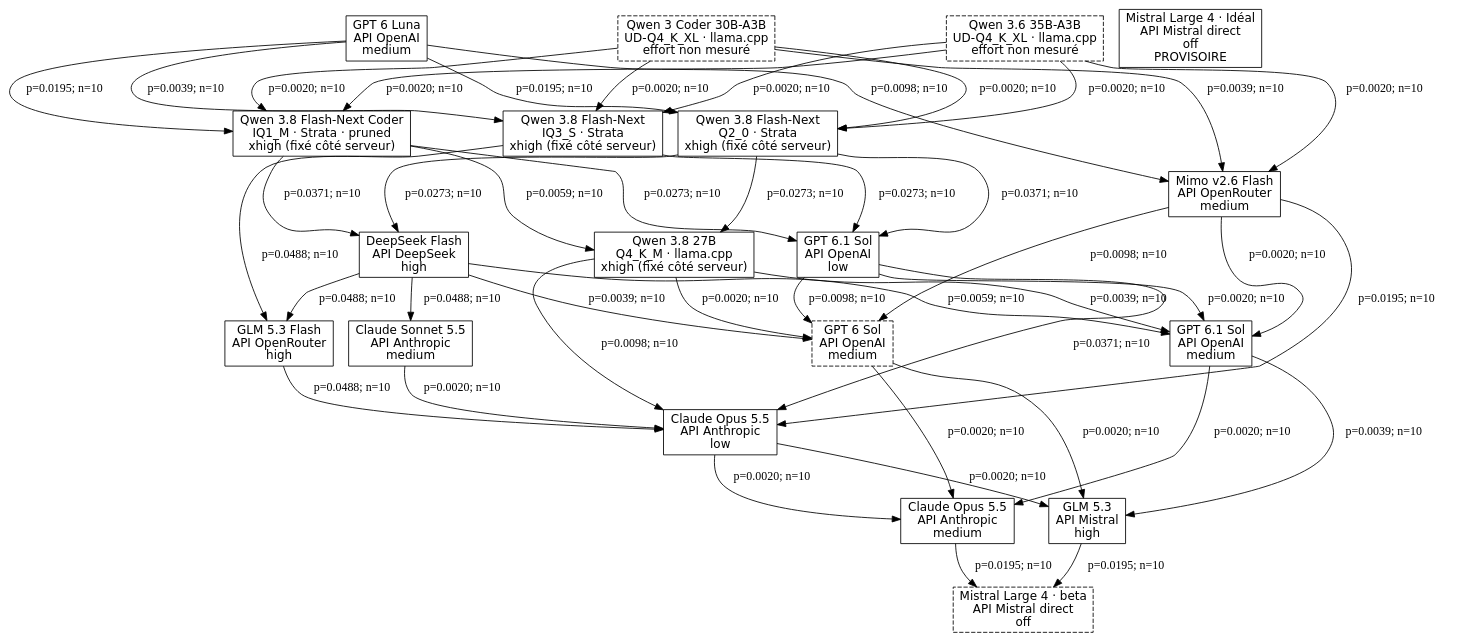
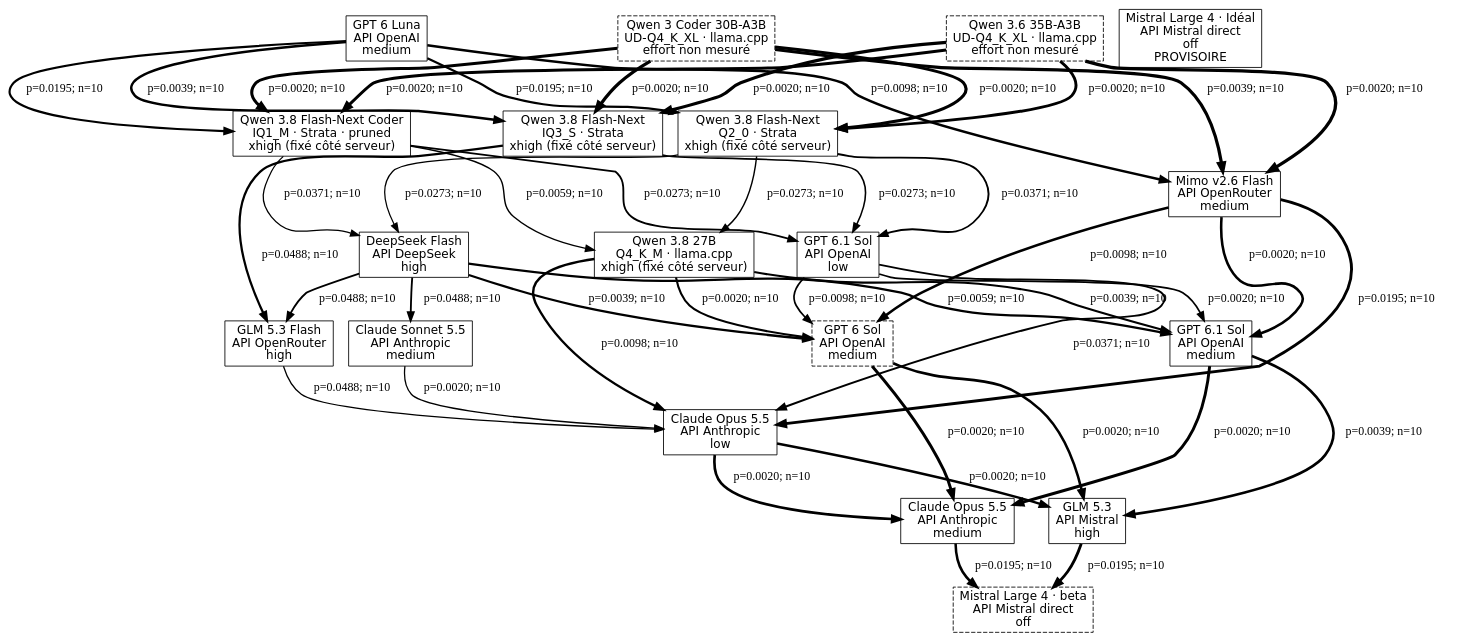
Before and after one commit to MinhHaDuong/ImperialDragonHarness: the diagram in docs/tournament-graphs/cost_usd.dot, drawn with Graphviz. The commit also changed 9 other files, not shown here.

```diff
--- a/docs/tournament-graphs/cost_usd.dot
+++ b/docs/tournament-graphs/cost_usd.dot
@@ -1,66 +1,66 @@
 digraph G {
 rankdir=TB;
 node [shape=box, fontname="DejaVu Sans"];
 a [label="Qwen 3.8 27B\nQ4_K_M · llama.cpp\nxhigh (fixé côté serveur)"];
 b [label="Qwen 3.8 Flash-Next Coder\nIQ1_M · Strata · pruned\nxhigh (fixé côté serveur)"];
 b2 [label="Qwen 3.8 Flash-Next\nIQ3_S · Strata\nxhigh (fixé côté serveur)"];
 b3 [label="Qwen 3.8 Flash-Next\nQ2_0 · Strata\nxhigh (fixé côté serveur)"];
 c [label="Qwen 3.6 35B-A3B\nUD-Q4_K_XL · llama.cpp\neffort non mesuré", style="dashed"];
 c2 [label="Qwen 3 Coder 30B-A3B\nUD-Q4_K_XL · llama.cpp\neffort non mesuré", style="dashed"];
 d [label="Claude Opus 5.5\nAPI Anthropic\nmedium"];
 d2 [label="Claude Opus 5.5\nAPI Anthropic\nlow"];
 e [label="GPT 6 Sol\nAPI OpenAI\nmedium", style="dashed"];
 e2 [label="GPT 6.1 Sol\nAPI OpenAI\nlow"];
 e3 [label="GPT 6.1 Sol\nAPI OpenAI\nmedium"];
 f [label="GLM 5.3\nAPI Mistral\nhigh"];
 g [label="Claude Sonnet 5.5\nAPI Anthropic\nmedium"];
 i [label="DeepSeek Flash\nAPI DeepSeek\nhigh"];
 j [label="GLM 5.3 Flash\nAPI OpenRouter\nhigh"];
 k [label="Mimo v2.6 Flash\nAPI OpenRouter\nmedium"];
 l [label="GPT 6 Luna\nAPI OpenAI\nmedium"];
 mi [label="Mistral Large 4 · Idéal\nAPI Mistral direct\noff\nPROVISOIRE"];
 mr [label="Mistral Large 4 · beta\nAPI Mistral direct\noff", style="dashed"];
-a -> d2 [label="p=0.0098; n=10"];
-a -> e [label="p=0.0020; n=10"];
-a -> e3 [label="p=0.0039; n=10"];
-b -> a [label="p=0.0059; n=10"];
-b -> e2 [label="p=0.0273; n=10"];
-b -> i [label="p=0.0371; n=10"];
-b2 -> e2 [label="p=0.0273; n=10"];
-b2 -> j [label="p=0.0488; n=10"];
-b3 -> a [label="p=0.0273; n=10"];
-b3 -> e2 [label="p=0.0371; n=10"];
-b3 -> i [label="p=0.0273; n=10"];
-c -> b [label="p=0.0020; n=10"];
-c -> b2 [label="p=0.0020; n=10"];
-c -> b3 [label="p=0.0020; n=10"];
-c -> k [label="p=0.0020; n=10"];
-c2 -> b [label="p=0.0020; n=10"];
-c2 -> b2 [label="p=0.0020; n=10"];
-c2 -> b3 [label="p=0.0020; n=10"];
-c2 -> k [label="p=0.0039; n=10"];
-d -> mr [label="p=0.0195; n=10"];
-d2 -> d [label="p=0.0020; n=10"];
-d2 -> f [label="p=0.0020; n=10"];
-e -> d [label="p=0.0020; n=10"];
-e -> f [label="p=0.0020; n=10"];
-e2 -> d2 [label="p=0.0371; n=10"];
-e2 -> e [label="p=0.0098; n=10"];
-e2 -> e3 [label="p=0.0020; n=10"];
-e3 -> d [label="p=0.0020; n=10"];
-e3 -> f [label="p=0.0039; n=10"];
-f -> mr [label="p=0.0195; n=10"];
-g -> d2 [label="p=0.0020; n=10"];
-i -> e [label="p=0.0039; n=10"];
-i -> e3 [label="p=0.0059; n=10"];
-i -> g [label="p=0.0488; n=10"];
-i -> j [label="p=0.0488; n=10"];
-j -> d2 [label="p=0.0488; n=10"];
-k -> d2 [label="p=0.0195; n=10"];
-k -> e [label="p=0.0098; n=10"];
-k -> e3 [label="p=0.0020; n=10"];
-l -> b [label="p=0.0195; n=10"];
-l -> b2 [label="p=0.0039; n=10"];
-l -> b3 [label="p=0.0195; n=10"];
-l -> k [label="p=0.0098; n=10"];
+a -> d2 [label="p=0.0098; n=10", penwidth=2.795];
+a -> e [label="p=0.0020; n=10", penwidth=2.496];
+a -> e3 [label="p=0.0039; n=10", penwidth=2.479];
+b -> a [label="p=0.0059; n=10", penwidth=1.660];
+b -> e2 [label="p=0.0273; n=10", penwidth=2.172];
+b -> i [label="p=0.0371; n=10", penwidth=1.476];
+b2 -> e2 [label="p=0.0273; n=10", penwidth=1.860];
+b2 -> j [label="p=0.0488; n=10", penwidth=2.648];
+b3 -> a [label="p=0.0273; n=10", penwidth=1.644];
+b3 -> e2 [label="p=0.0371; n=10", penwidth=2.156];
+b3 -> i [label="p=0.0273; n=10", penwidth=1.460];
+c -> b [label="p=0.0020; n=10", penwidth=3.385];
+c -> b2 [label="p=0.0020; n=10", penwidth=3.697];
+c -> b3 [label="p=0.0020; n=10", penwidth=3.401];
+c -> k [label="p=0.0020; n=10", penwidth=3.800];
+c2 -> b [label="p=0.0020; n=10", penwidth=3.603];
+c2 -> b2 [label="p=0.0020; n=10", penwidth=3.800];
+c2 -> b3 [label="p=0.0020; n=10", penwidth=3.619];
+c2 -> k [label="p=0.0039; n=10", penwidth=3.800];
+d -> mr [label="p=0.0195; n=10", penwidth=2.971];
+d2 -> d [label="p=0.0020; n=10", penwidth=3.146];
+d2 -> f [label="p=0.0020; n=10", penwidth=2.764];
+e -> d [label="p=0.0020; n=10", penwidth=3.444];
+e -> f [label="p=0.0020; n=10", penwidth=3.063];
+e2 -> d2 [label="p=0.0371; n=10", penwidth=2.282];
+e2 -> e [label="p=0.0098; n=10", penwidth=1.984];
+e2 -> e3 [label="p=0.0020; n=10", penwidth=1.966];
+e3 -> d [label="p=0.0020; n=10", penwidth=3.461];
+e3 -> f [label="p=0.0039; n=10", penwidth=3.080];
+f -> mr [label="p=0.0195; n=10", penwidth=3.353];
+g -> d2 [label="p=0.0020; n=10", penwidth=1.504];
+i -> e [label="p=0.0039; n=10", penwidth=2.680];
+i -> e3 [label="p=0.0059; n=10", penwidth=2.663];
+i -> g [label="p=0.0488; n=10", penwidth=2.174];
+i -> j [label="p=0.0488; n=10", penwidth=2.184];
+j -> d2 [label="p=0.0488; n=10", penwidth=1.494];
+k -> d2 [label="p=0.0195; n=10", penwidth=3.327];
+k -> e [label="p=0.0098; n=10", penwidth=3.029];
+k -> e3 [label="p=0.0020; n=10", penwidth=3.012];
+l -> b [label="p=0.0195; n=10", penwidth=2.542];
+l -> b2 [label="p=0.0039; n=10", penwidth=2.854];
+l -> b3 [label="p=0.0195; n=10", penwidth=2.558];
+l -> k [label="p=0.0098; n=10", penwidth=2.968];
 }
```
